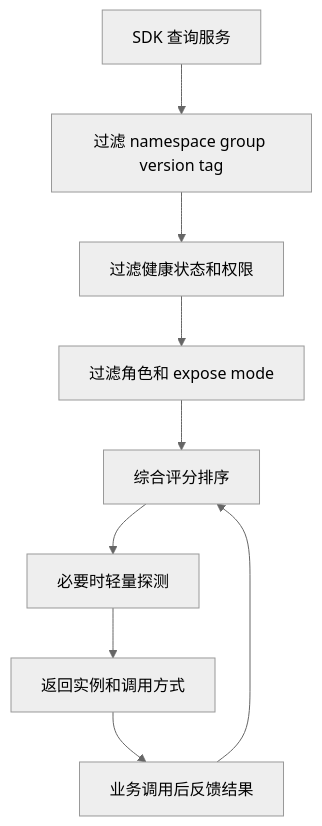
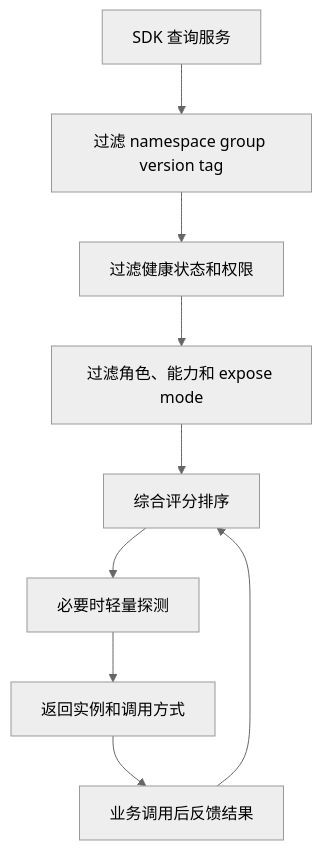
Before and after one commit to SwingCosmic/easytier-discovery: the third of 3 diagrams in docs/service-registry-core-design.md, drawn with Mermaid (neutral theme). The commit also changed other lines of this file and 7 other files, not shown here.

````diff
--- a/docs/service-registry-core-design.md
+++ b/docs/service-registry-core-design.md
@@ -258,11 +336,11 @@
 ```mermaid
 flowchart TD
     Q[SDK 查询服务] --> F1[过滤 namespace group version tag]
     F1 --> F2[过滤健康状态和权限]
-    F2 --> F3[过滤角色和 expose mode]
+    F2 --> F3[过滤角色、能力和 expose mode]
     F3 --> S[综合评分排序]
     S --> P[必要时轻量探测]
     P --> C[返回实例和调用方式]
     C --> R[业务调用后反馈结果]
     R --> S
 ```
````
